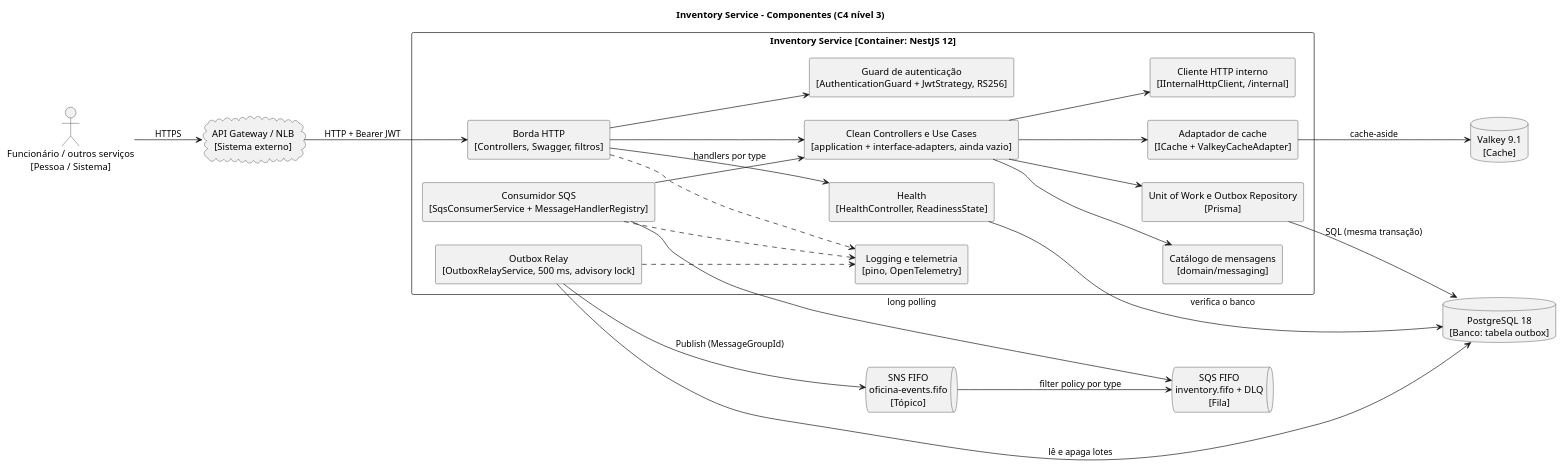
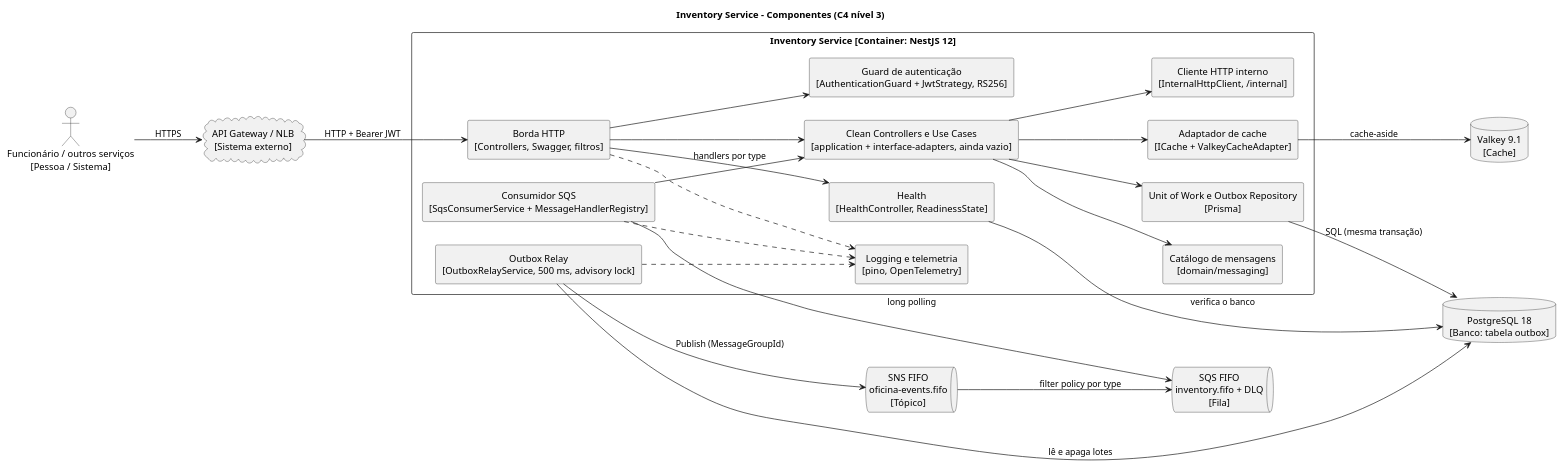
One commit to FIAP-15SOAT/oficina-mecanica-inventory-service changed the diagram in docs/c4/inventory-component.puml. Above: the diagram before and after it, drawn with PlantUML. The commit also changed 39 other files, not shown here.

Commit message:
refactor: group output ports and drop http client interface

```diff
--- a/docs/c4/inventory-component.puml
+++ b/docs/c4/inventory-component.puml
@@ -1,49 +1,49 @@
 @startuml inventory-component
 title Inventory Service - Componentes (C4 nível 3)
 skinparam componentStyle rectangle
 skinparam shadowing false
 skinparam defaultTextAlignment center
 left to right direction
 
 actor "Funcionário / outros serviços\n[Pessoa / Sistema]" as client
 cloud "API Gateway / NLB\n[Sistema externo]" as gateway
 database "PostgreSQL 18\n[Banco: tabela outbox]" as pg
 database "Valkey 9.1\n[Cache]" as valkey
 queue "SNS FIFO\noficina-events.fifo\n[Tópico]" as sns
 queue "SQS FIFO\ninventory.fifo + DLQ\n[Fila]" as sqs
 
 rectangle "Inventory Service [Container: NestJS 12]" {
   component "Borda HTTP\n[Controllers, Swagger, filtros]" as http
   component "Guard de autenticação\n[AuthenticationGuard + JwtStrategy, RS256]" as guard
   component "Health\n[HealthController, ReadinessState]" as health
   component "Clean Controllers e Use Cases\n[application + interface-adapters, ainda vazio]" as usecases
   component "Catálogo de mensagens\n[domain/messaging]" as catalog
   component "Unit of Work e Outbox Repository\n[Prisma]" as uow
   component "Outbox Relay\n[OutboxRelayService, 500 ms, advisory lock]" as relay
   component "Consumidor SQS\n[SqsConsumerService + MessageHandlerRegistry]" as consumer
   component "Adaptador de cache\n[ICache + ValkeyCacheAdapter]" as cache
-  component "Cliente HTTP interno\n[IInternalHttpClient, /internal]" as internal
+  component "Cliente HTTP interno\n[InternalHttpClient, /internal]" as internal
   component "Logging e telemetria\n[pino, OpenTelemetry]" as obs
 }
 
 client --> gateway : HTTPS
 gateway --> http : HTTP + Bearer JWT
 http --> guard
 http --> health
 http --> usecases
 health --> pg : verifica o banco
 usecases --> catalog
 usecases --> uow
 usecases --> cache
 usecases --> internal
 uow --> pg : SQL (mesma transação)
 relay --> pg : lê e apaga lotes
 relay --> sns : Publish (MessageGroupId)
 sns --> sqs : filter policy por type
 consumer --> sqs : long polling
 consumer --> usecases : handlers por type
 cache --> valkey : cache-aside
 http ..> obs
 relay ..> obs
 consumer ..> obs
 @enduml
```
